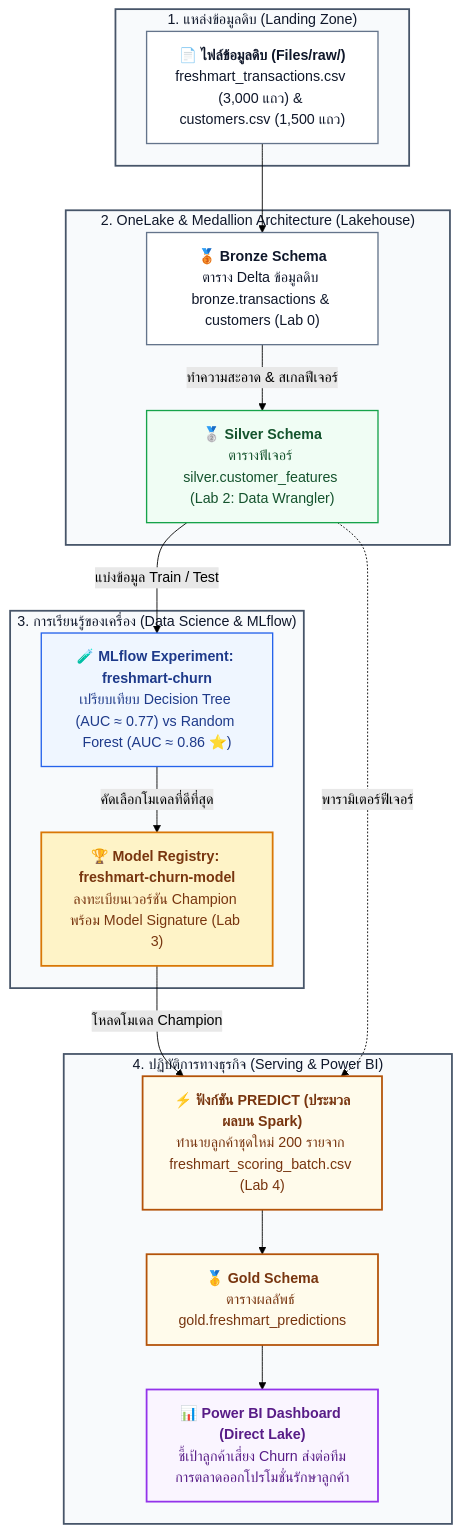
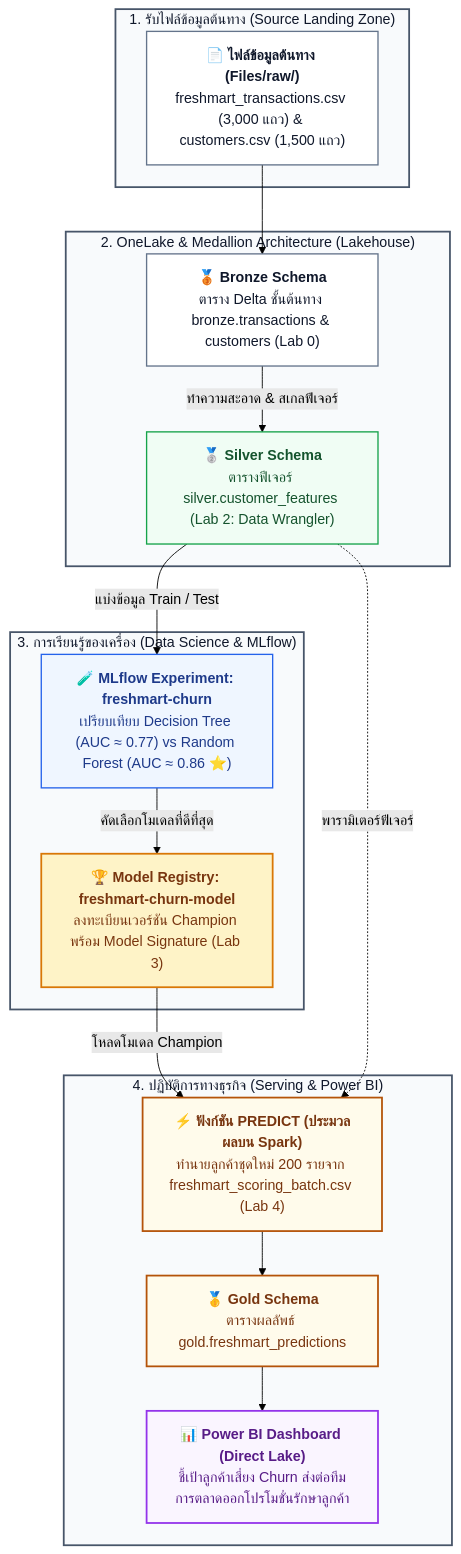
The diagram in README.md (DataFabric-Academy/ms-fabric-data-science), drawn with Mermaid (forest theme) before and after one commit. The commit also changed 10 other files, not shown here.

````diff
--- a/README.md
+++ b/README.md
@@ -12,47 +12,47 @@
 ```mermaid
 flowchart TD
-    subgraph S1 ["1. แหล่งข้อมูลดิบ (Landing Zone)"]
-        CSV["📄 <b>ไฟล์ข้อมูลดิบ (Files/raw/)</b><br/>freshmart_transactions.csv (3,000 แถว) & customers.csv (1,500 แถว)"]
+    subgraph S1 ["1. รับไฟล์ข้อมูลต้นทาง (Source Landing Zone)"]
+        CSV["📄 <b>ไฟล์ข้อมูลต้นทาง (Files/raw/)</b><br/>freshmart_transactions.csv (3,000 แถว) & customers.csv (1,500 แถว)"]
     end
 
     subgraph S2 ["2. OneLake & Medallion Architecture (Lakehouse)"]
-        B["🥉 <b>Bronze Schema</b><br/>ตาราง Delta ข้อมูลดิบ bronze.transactions & customers (Lab 0)"]
+        B["🥉 <b>Bronze Schema</b><br/>ตาราง Delta ชั้นต้นทาง bronze.transactions & customers (Lab 0)"]
         S["🥈 <b>Silver Schema</b><br/>ตารางฟีเจอร์ silver.customer_features (Lab 2: Data Wrangler)"]
         B -->|ทำความสะอาด & สเกลฟีเจอร์| S
     end
 
     subgraph S3 ["3. การเรียนรู้ของเครื่อง (Data Science & MLflow)"]
         EXP["🧪 <b>MLflow Experiment: freshmart-churn</b><br/>เปรียบเทียบ Decision Tree (AUC ≈ 0.77) vs Random Forest (AUC ≈ 0.86 ⭐)"]
         REG["🏆 <b>Model Registry: freshmart-churn-model</b><br/>ลงทะเบียนเวอร์ชัน Champion พร้อม Model Signature (Lab 3)"]
         EXP -->|คัดเลือกโมเดลที่ดีที่สุด| REG
     end
 
     subgraph S4 ["4. ปฏิบัติการทางธุรกิจ (Serving & Power BI)"]
         PRED["⚡ <b>ฟังก์ชัน PREDICT (ประมวลผลบน Spark)</b><br/>ทำนายลูกค้าชุดใหม่ 200 รายจาก freshmart_scoring_batch.csv (Lab 4)"]
         G["🥇 <b>Gold Schema</b><br/>ตารางผลลัพธ์ gold.freshmart_predictions"]
         PBI["📊 <b>Power BI Dashboard (Direct Lake)</b><br/>ชี้เป้าลูกค้าเสี่ยง Churn ส่งต่อทีมการตลาดออกโปรโมชั่นรักษาลูกค้า"]
         PRED --> G
         G --> PBI
     end
 
     CSV --> B
     S -->|แบ่งข้อมูล Train / Test| EXP
     REG -->|โหลดโมเดล Champion| PRED
     S -.->|พารามิเตอร์ฟีเจอร์| PRED
 
     classDef stage fill:#f8fafc,stroke:#475569,stroke-width:2px,color:#0f172a;
     classDef raw fill:#ffffff,stroke:#64748b,stroke-width:1.5px,color:#0f172a;
     classDef silver fill:#f0fdf4,stroke:#16a34a,stroke-width:1.5px,color:#14532d;
     classDef ml fill:#eff6ff,stroke:#2563eb,stroke-width:1.5px,color:#1e3a8a;
     classDef champion fill:#fef3c7,stroke:#d97706,stroke-width:2px,color:#78350f;
     classDef gold fill:#fffbeb,stroke:#b45309,stroke-width:2px,color:#78350f;
     classDef pbi fill:#faf5ff,stroke:#9333ea,stroke-width:2px,color:#581c87;
 
     class S1,S2,S3,S4 stage;
     class CSV,B raw;
     class S silver;
     class EXP ml;
     class REG champion;
     class PRED,G gold;
     class PBI pbi;
 ```
````
